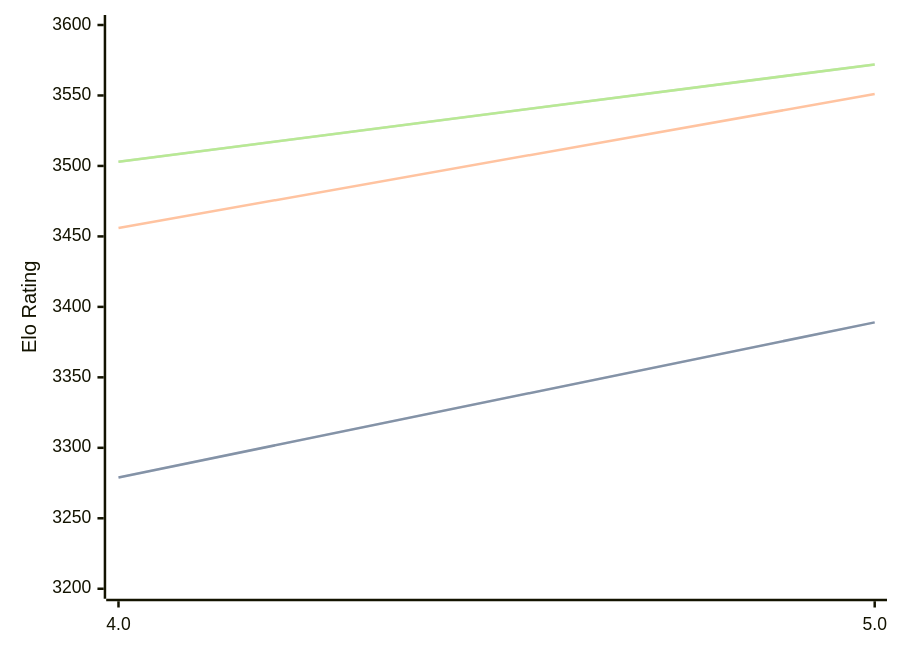
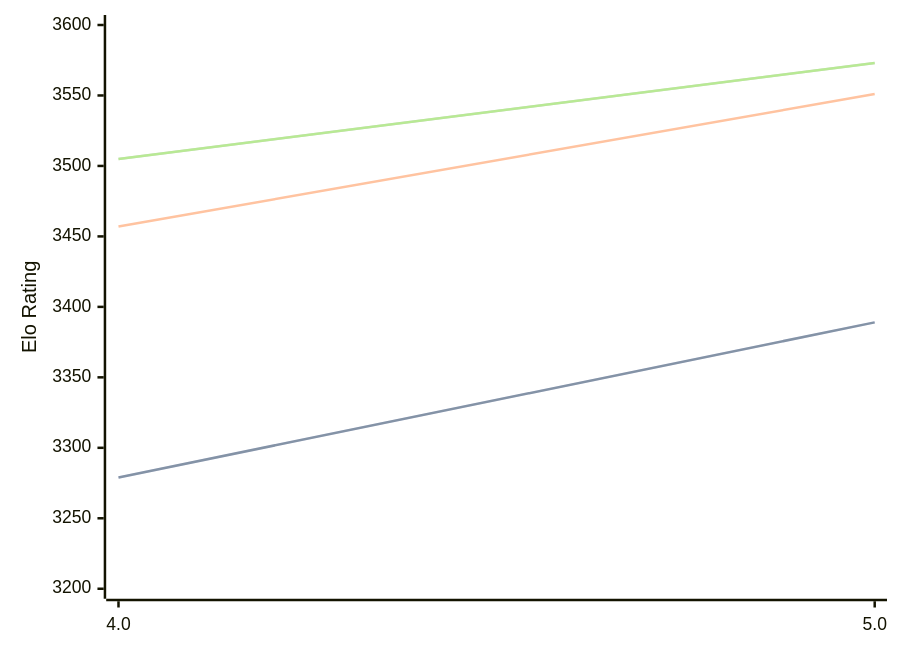
The diagram in engines/Tarnished.md (computer-chess-index/cci), drawn with Mermaid before and after one commit. The commit also changed other lines of this file, not shown here.

Commit message:
Update CCI Ratings (ELO VLTC) - 2026-04-05

````diff
--- a/engines/Tarnished.md
+++ b/engines/Tarnished.md
@@ -36,11 +36,11 @@
 ```mermaid
 %%{init: {"theme":"base","themeVariables":{"seriesColors:['#a3a3a3','#222221','#faa371']}}}%%
 xychart-beta
   x-axis ["4.0", "5.0"]
   y-axis "Elo Rating" 3200 --> 3600
   line "STC (8.0+0.08s)" [3279, 3389]
   line "STC (8.0+0.08s)" [3279, 3389]
-  line "LTC (60.0+0.60s)" [3456, 3551]
-  line "VLTC (2m24s+1.12s)" [3503, 3572]
-  line "VLTC (2m24s+1.12s)" [3503, 3572]
+  line "LTC (60.0+0.60s)" [3457, 3551]
+  line "VLTC (2m24s+1.12s)" [3505, 3573]
+  line "VLTC (2m24s+1.12s)" [3505, 3573]
 ```
````
